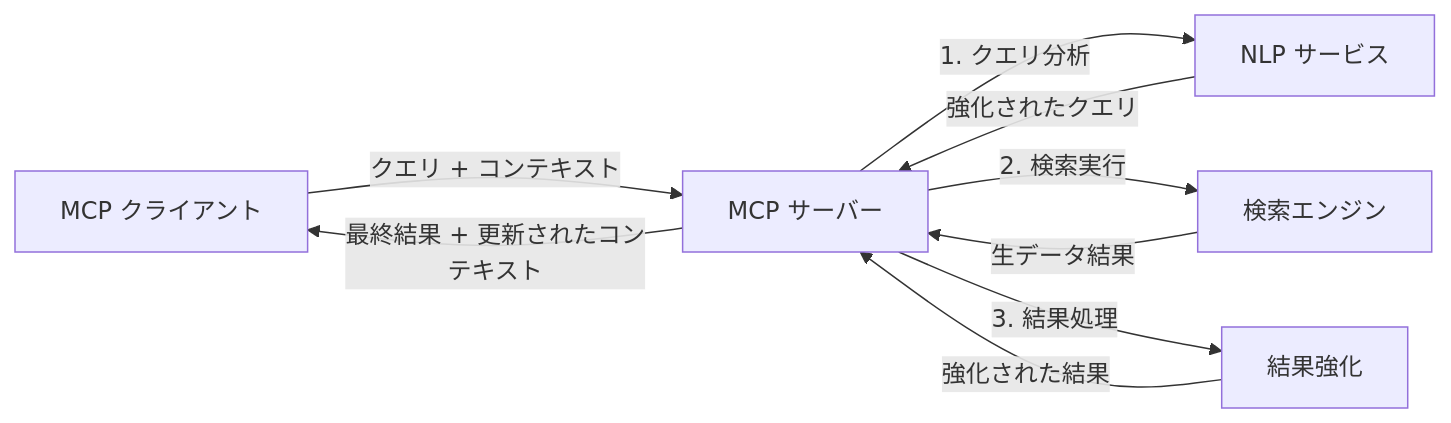
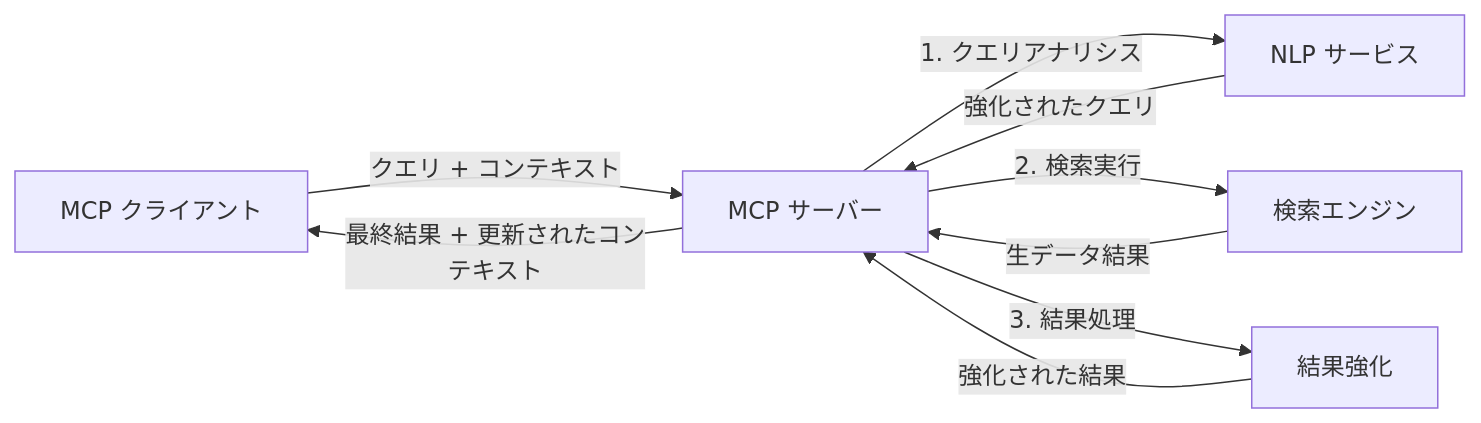
The fourth of 4 diagrams in translations/ja/05-AdvancedTopics/mcp-realtimesearch/README.md (microsoft/mcp-for-beginners), drawn with Mermaid before and after one commit. The commit also changed other lines of this file and 110 other files, not shown here.

````diff
--- a/translations/ja/05-AdvancedTopics/mcp-realtimesearch/README.md
+++ b/translations/ja/05-AdvancedTopics/mcp-realtimesearch/README.md
@@ -626,11 +628,11 @@
 ```mermaid
 graph LR
     Client[MCP クライアント] --> |クエリ + コンテキスト| Server[MCP サーバー]
-    Server --> |1. クエリ分析| NLP[NLP サービス]
+    Server --> |1. クエリアナリシス| NLP[NLP サービス]
     NLP --> |強化されたクエリ| Server
     Server --> |2. 検索実行| Search[検索エンジン]
     Search --> |生データ結果| Server
     Server --> |3. 結果処理| Enhancement[結果強化]
     Enhancement --> |強化された結果| Server
     Server --> |最終結果 + 更新されたコンテキスト| Client
 ```
````
